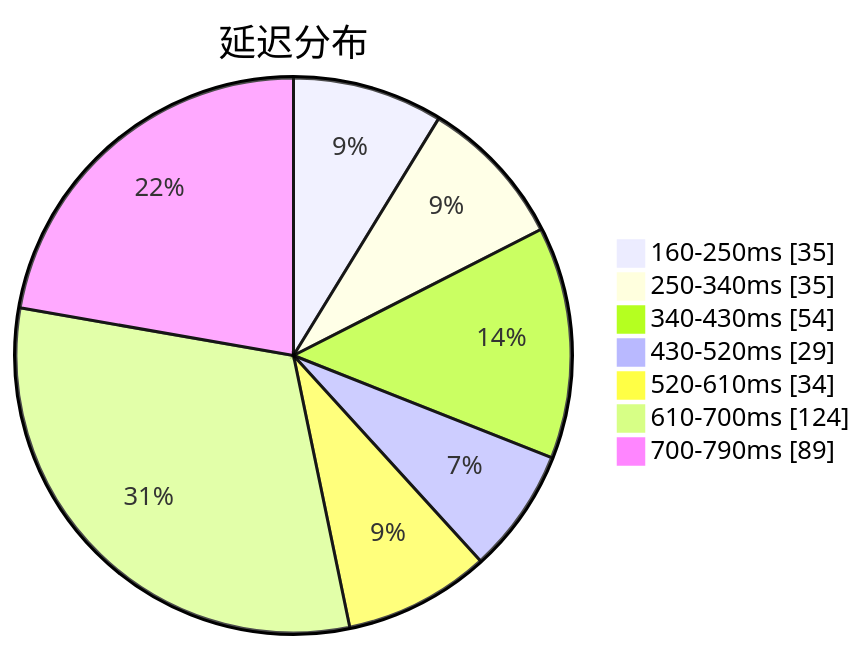
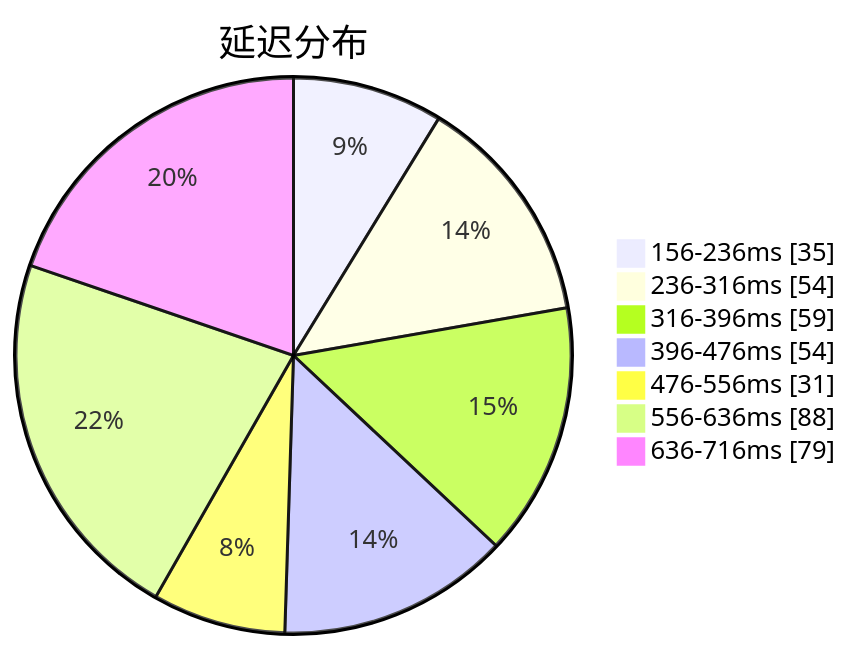
Before and after one commit to qjlxg/airport: the first of 3 diagrams in subs/statistics/tested_within.md, drawn with Mermaid. The commit also changed other lines of this file and 2 other files, not shown here.

````diff
--- a/subs/statistics/tested_within.md
+++ b/subs/statistics/tested_within.md
@@ -2,11 +2,11 @@
 ```mermaid
 pie showData
 title 延迟分布
-"160-250ms" : 35
-"250-340ms" : 35
-"340-430ms" : 54
-"430-520ms" : 29
-"520-610ms" : 34
-"610-700ms" : 124
-"700-790ms" : 89
+"156-236ms" : 35
+"236-316ms" : 54
+"316-396ms" : 59
+"396-476ms" : 54
+"476-556ms" : 31
+"556-636ms" : 88
+"636-716ms" : 79
 ```
````
